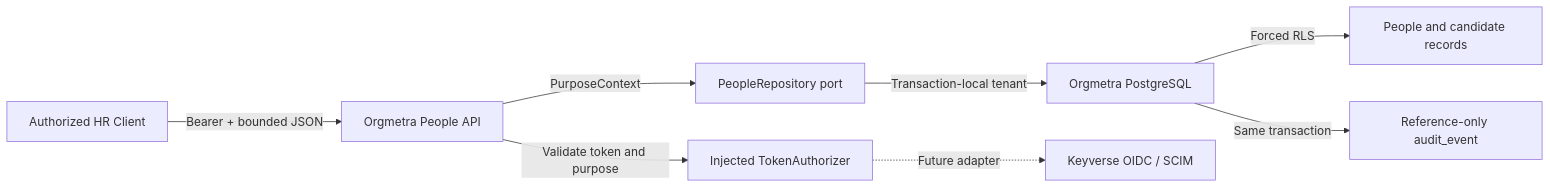
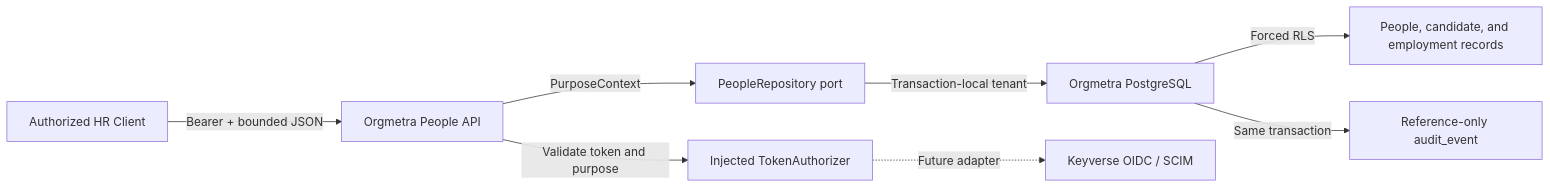
One commit to ContextualWisdomLab/Orgmetra changed the first of 4 diagrams in docs/UML_PEOPLE_API.md. Above: the diagram before and after it, drawn with Mermaid. The commit also changed other lines of this file and 31 other files, not shown here.

First line of the commit message:
feat: expose hire-to-employment People API

````diff
--- a/docs/UML_PEOPLE_API.md
+++ b/docs/UML_PEOPLE_API.md
@@ -5,10 +5,10 @@
 ```mermaid
 flowchart LR
     client["Authorized HR Client"] -->|"Bearer + bounded JSON"| api["Orgmetra People API"]
     api -->|"Validate token and purpose"| identity["Injected TokenAuthorizer"]
     api -->|"PurposeContext"| repository["PeopleRepository port"]
     repository -->|"Transaction-local tenant"| postgres["Orgmetra PostgreSQL"]
-    postgres -->|"Forced RLS"| records["People and candidate records"]
+    postgres -->|"Forced RLS"| records["People, candidate, and employment records"]
     postgres -->|"Same transaction"| audit["Reference-only audit_event"]
     identity -.->|"Future adapter"| keyverse["Keyverse OIDC / SCIM"]
 ```
````
